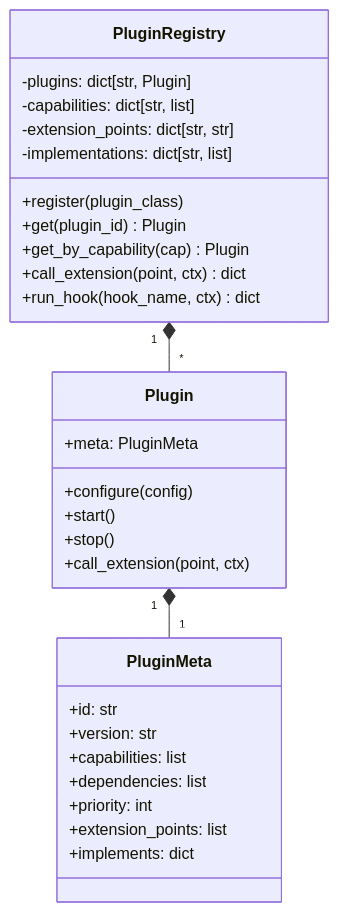
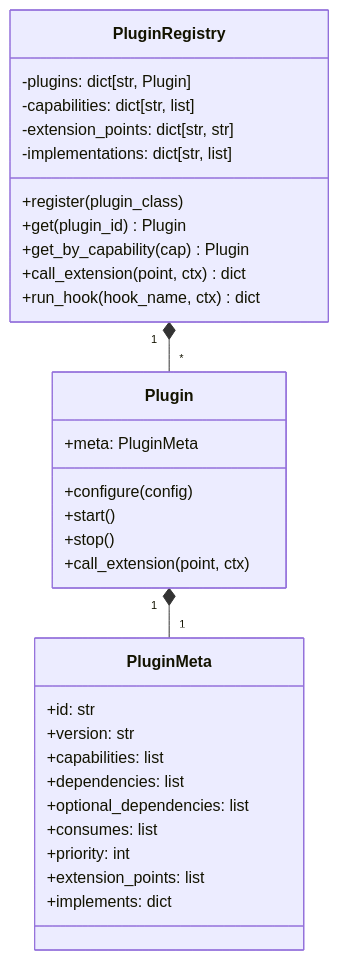
One commit to ultanio/cobot changed the second of 9 diagrams in docs/architecture.md. Above: the diagram before and after it, drawn with Mermaid. The commit also changed other lines of this file and 3 other files, not shown here.

````diff
--- a/docs/architecture.md
+++ b/docs/architecture.md
@@ -40,35 +42,37 @@
 ```mermaid
 classDiagram
     class PluginRegistry {
         -plugins: dict[str, Plugin]
         -capabilities: dict[str, list]
         -extension_points: dict[str, str]
         -implementations: dict[str, list]
         +register(plugin_class)
         +get(plugin_id) Plugin
         +get_by_capability(cap) Plugin
         +call_extension(point, ctx) dict
         +run_hook(hook_name, ctx) dict
     }
     
     class Plugin {
         +meta: PluginMeta
         +configure(config)
         +start()
         +stop()
         +call_extension(point, ctx)
     }
     
     class PluginMeta {
         +id: str
         +version: str
         +capabilities: list
         +dependencies: list
+        +optional_dependencies: list
+        +consumes: list
         +priority: int
         +extension_points: list
         +implements: dict
     }
     
     PluginRegistry "1" *-- "*" Plugin
     Plugin "1" *-- "1" PluginMeta
 ```
````
